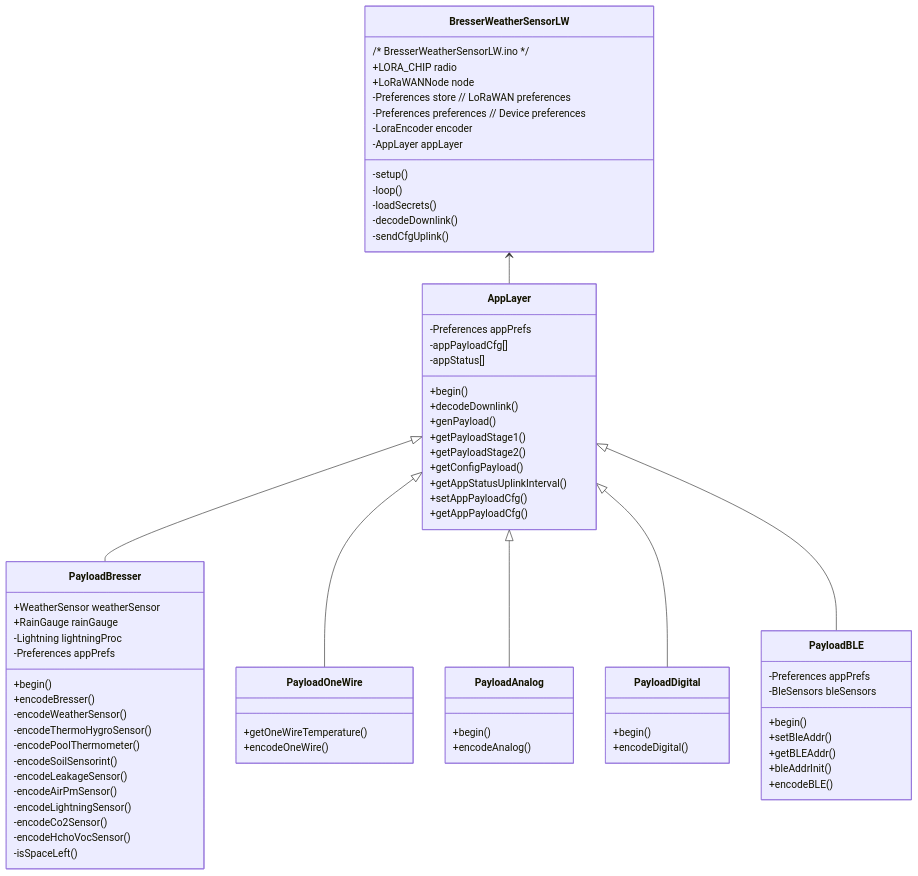
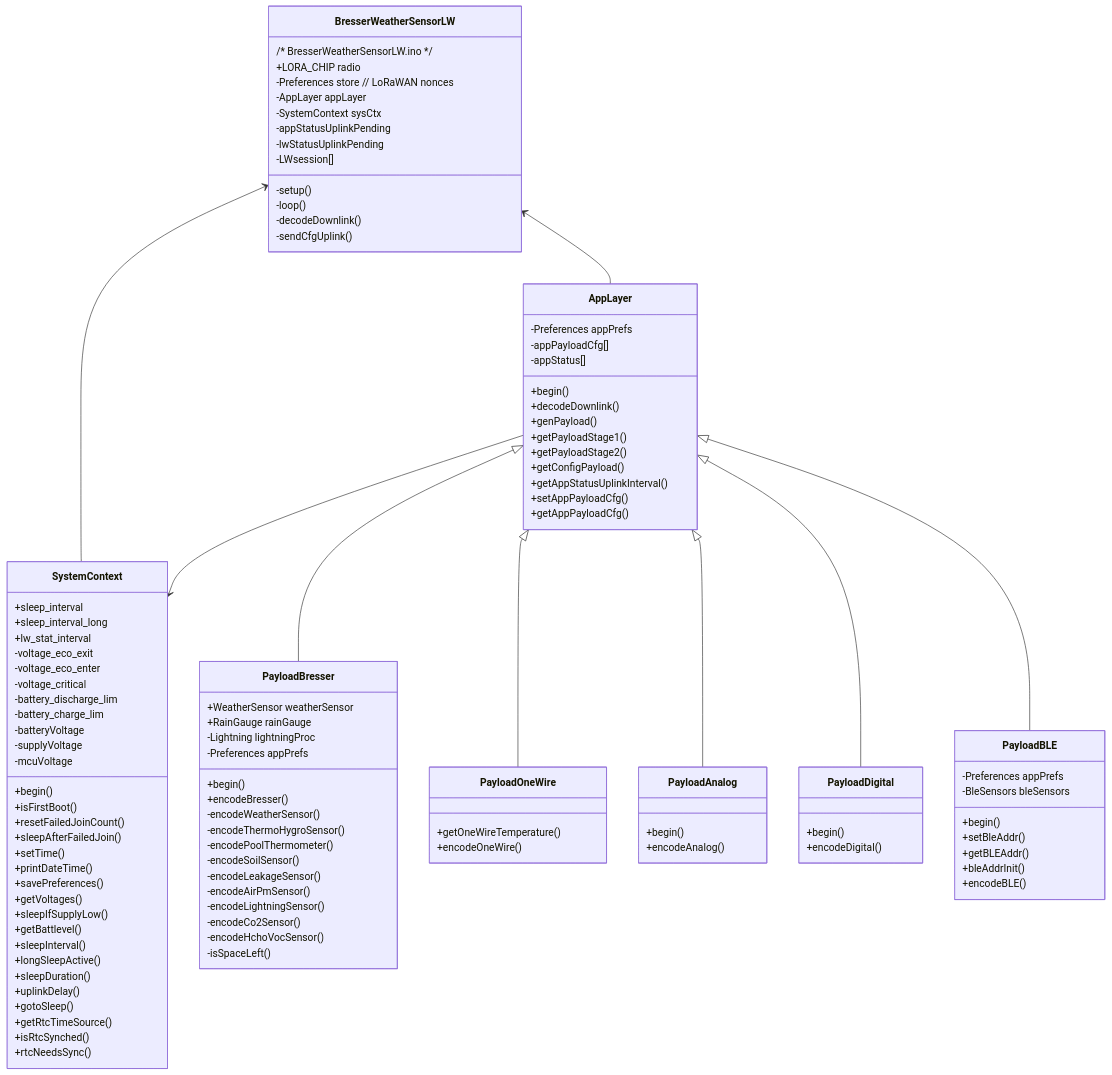
One commit to matthias-bs/BresserWeatherSensorLW changed the diagram in README.md. Above: the diagram before and after it, drawn with Mermaid. The commit also changed 1 other file, not shown here.

Commit message:
Updated class diagram (#157)
* Changed some members/methods to private

* Removed LoRaWANNode as class member

* Updated class diagram

```diff
--- a/README.md
+++ b/README.md
@@ -978,18 +976,53 @@
     class BresserWeatherSensorLW {
         /* BresserWeatherSensorLW.ino */
         +LORA_CHIP radio
-        +LoRaWANNode node
-        -Preferences store // LoRaWAN preferences
-        -Preferences preferences // Device preferences
-        -LoraEncoder encoder
+        -Preferences store // LoRaWAN nonces
         -AppLayer appLayer
+        -SystemContext sysCtx
+        -appStatusUplinkPending
+        -lwStatusUplinkPending
+        -LWsession[]
         -setup()
         -loop()
-        -loadSecrets()
         -decodeDownlink()
         -sendCfgUplink()
     }
     BresserWeatherSensorLW <-- AppLayer
+    BresserWeatherSensorLW <-- SystemContext
+    AppLayer --> SystemContext
+
+    class SystemContext {
+        +begin()
+        +isFirstBoot()
+        +resetFailedJoinCount()
+        +sleepAfterFailedJoin()
+        +setTime()
+        +printDateTime()
+        +savePreferences()
+        +getVoltages()
+        +sleepIfSupplyLow()
+        +getBattlevel()
+        +sleepInterval()
+        +longSleepActive()
+        +sleepDuration()
+        +uplinkDelay()
+        +gotoSleep()
+        +getRtcTimeSource()
+        +isRtcSynched()
+        +rtcNeedsSync()
+        +sleep_interval
+        +sleep_interval_long
+        +lw_stat_interval
+        -voltage_eco_exit
+        -voltage_eco_enter
+        -voltage_critical
+        -battery_discharge_lim
+        -battery_charge_lim
+        -batteryVoltage
+        -supplyVoltage
+        -mcuVoltage
+    }
+
     class AppLayer {
         -Preferences appPrefs
         -appPayloadCfg[]
@@ -1020,7 +1053,7 @@
         -encodeWeatherSensor()
         -encodeThermoHygroSensor()
         -encodePoolThermometer()
-        -encodeSoilSensorint()
+        -encodeSoilSensor()
         -encodeLeakageSensor()
         -encodeAirPmSensor()
         -encodeLightningSensor()
```
